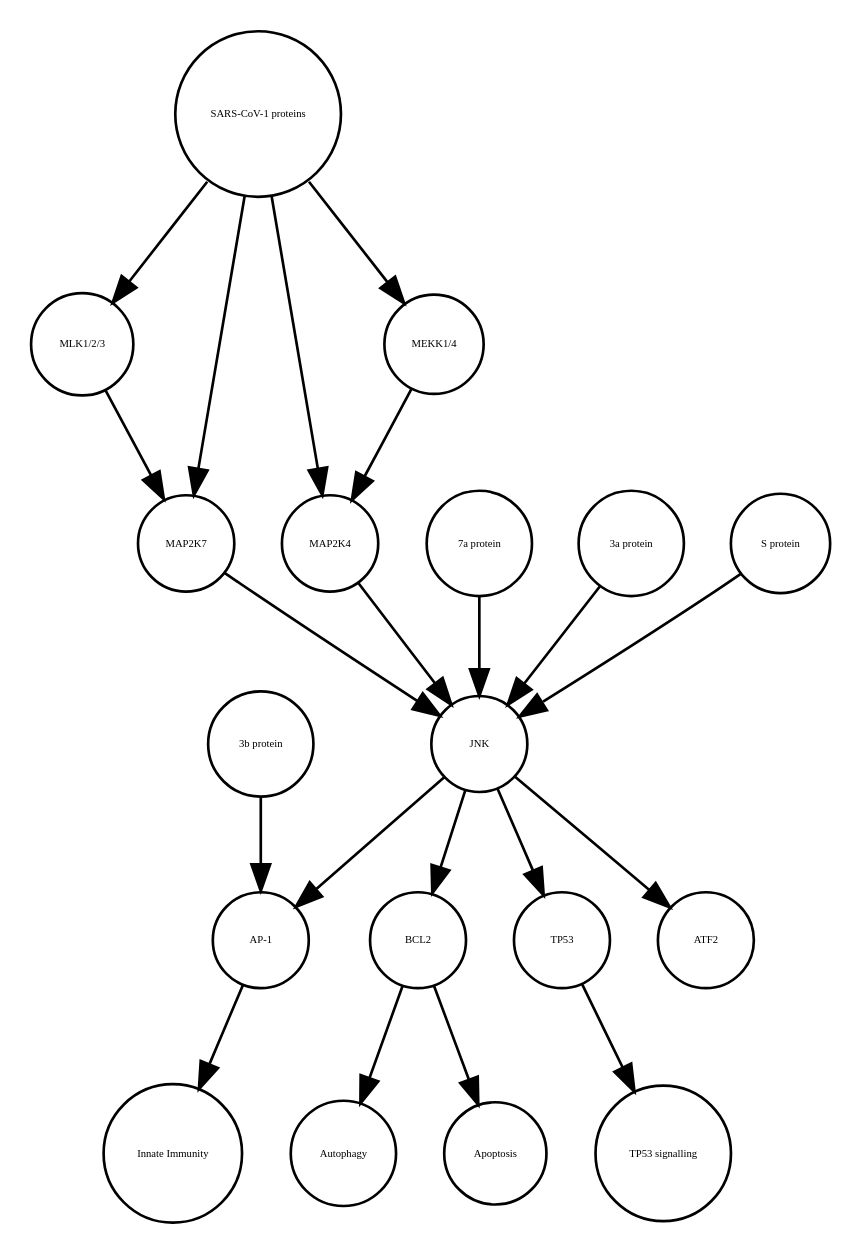
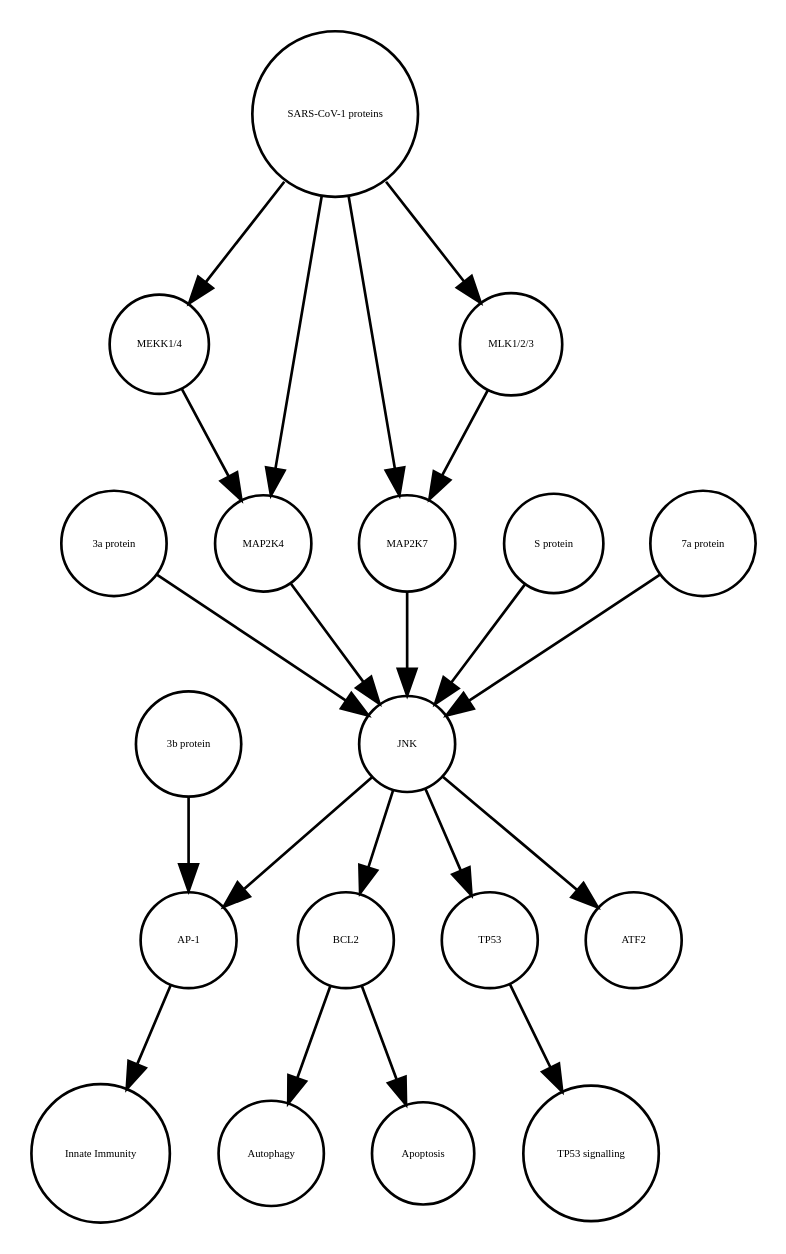
Before and after one commit to cannin/covid19-sbgn: the diagram in JNK_pathway_v2.1.xml_projected.dot, drawn with Graphviz. The commit also changed other lines of this file and 637 other files, not shown here.

```diff
--- a/JNK_pathway_v2.1.xml_projected.dot
+++ b/JNK_pathway_v2.1.xml_projected.dot
@@ -1,40 +1,40 @@
 strict digraph  {
 BCL2 [annotation=urn_miriam_uniprot_P10415, bipartite=0, cls=macromolecule, fontsize=4, label=BCL2, shape=circle];
 Autophagy [annotation="", bipartite=0, cls=phenotype, fontsize=4, label=Autophagy, shape=circle];
 "AP-1" [annotation="", bipartite=0, cls=complex, fontsize=4, label="AP-1", shape=circle];
 "Innate Immunity" [annotation="", bipartite=0, cls=phenotype, fontsize=4, label="Innate Immunity", shape=circle];
 TP53 [annotation=urn_miriam_uniprot_P04637, bipartite=0, cls=macromolecule, fontsize=4, label=TP53, shape=circle];
 "TP53 signalling" [annotation="", bipartite=0, cls=phenotype, fontsize=4, label="TP53 signalling", shape=circle];
 Apoptosis [annotation="", bipartite=0, cls=phenotype, fontsize=4, label=Apoptosis, shape=circle];
+"3a protein" [annotation="", bipartite=0, cls=macromolecule, fontsize=4, label="3a protein", shape=circle];
+"MEKK1/4" [annotation="", bipartite=0, cls=complex, fontsize=4, label="MEKK1/4", shape=circle];
+MAP2K7 [annotation=urn_miriam_uniprot_O14733, bipartite=0, cls=macromolecule, fontsize=4, label=MAP2K7, shape=circle];
+ATF2 [annotation=urn_miriam_uniprot_P15336, bipartite=0, cls=macromolecule, fontsize=4, label=ATF2, shape=circle];
+JNK [annotation="", bipartite=0, cls=complex, fontsize=4, label=JNK, shape=circle];
+"SARS-CoV-1 proteins" [annotation="", bipartite=0, cls=complex, fontsize=4, label="SARS-CoV-1 proteins", shape=circle];
 "MLK1/2/3" [annotation="", bipartite=0, cls=complex, fontsize=4, label="MLK1/2/3", shape=circle];
-ATF2 [annotation=urn_miriam_uniprot_P15336, bipartite=0, cls=macromolecule, fontsize=4, label=ATF2, shape=circle];
 MAP2K4 [annotation=urn_miriam_uniprot_P45985, bipartite=0, cls=macromolecule, fontsize=4, label=MAP2K4, shape=circle];
+"S protein" [annotation="", bipartite=0, cls=macromolecule, fontsize=4, label="S protein", shape=circle];
 "7a protein" [annotation="", bipartite=0, cls=macromolecule, fontsize=4, label="7a protein", shape=circle];
-"3a protein" [annotation="", bipartite=0, cls=macromolecule, fontsize=4, label="3a protein", shape=circle];
-MAP2K7 [annotation=urn_miriam_uniprot_O14733, bipartite=0, cls=macromolecule, fontsize=4, label=MAP2K7, shape=circle];
 "3b protein" [annotation="", bipartite=0, cls=macromolecule, fontsize=4, label="3b protein", shape=circle];
-"SARS-CoV-1 proteins" [annotation="", bipartite=0, cls=complex, fontsize=4, label="SARS-CoV-1 proteins", shape=circle];
-"MEKK1/4" [annotation="", bipartite=0, cls=complex, fontsize=4, label="MEKK1/4", shape=circle];
-JNK [annotation="", bipartite=0, cls=complex, fontsize=4, label=JNK, shape=circle];
-"S protein" [annotation="", bipartite=0, cls=macromolecule, fontsize=4, label="S protein", shape=circle];
 BCL2 -> Autophagy  [annotation="", interaction_type="necessary stimulation"];
 BCL2 -> Apoptosis  [annotation="", interaction_type=inhibition];
 "AP-1" -> "Innate Immunity"  [annotation="", interaction_type="necessary stimulation"];
 TP53 -> "TP53 signalling"  [annotation="", interaction_type="necessary stimulation"];
+"3a protein" -> JNK  [annotation=urn_miriam_pubmed_17141229, interaction_type=stimulation];
+"MEKK1/4" -> MAP2K4  [annotation="urn_miriam_pubmed_31226023|urn_miriam_taxonomy_694009", interaction_type=stimulation];
+MAP2K7 -> JNK  [annotation=urn_miriam_pubmed_17141229, interaction_type=stimulation];
+JNK -> "AP-1"  [annotation=urn_miriam_pubmed_21561061, interaction_type=stimulation];
+JNK -> ATF2  [annotation="", interaction_type=stimulation];
+JNK -> BCL2  [annotation=urn_miriam_pubmed_10567572, interaction_type=stimulation];
+JNK -> TP53  [annotation="", interaction_type=stimulation];
+"SARS-CoV-1 proteins" -> "MLK1/2/3"  [annotation="urn_miriam_taxonomy_694009|urn_miriam_pubmed_31226023", interaction_type=stimulation];
+"SARS-CoV-1 proteins" -> MAP2K7  [annotation="urn_miriam_pubmed_31226023|urn_miriam_taxonomy_694009", interaction_type=stimulation];
+"SARS-CoV-1 proteins" -> MAP2K4  [annotation="urn_miriam_pubmed_31226023|urn_miriam_taxonomy_694009", interaction_type=stimulation];
+"SARS-CoV-1 proteins" -> "MEKK1/4"  [annotation="urn_miriam_pubmed_31226023|urn_miriam_taxonomy_694009", interaction_type=stimulation];
 "MLK1/2/3" -> MAP2K7  [annotation="urn_miriam_pubmed_31226023|urn_miriam_taxonomy_694009", interaction_type=stimulation];
 MAP2K4 -> JNK  [annotation=urn_miriam_pubmed_17141229, interaction_type=stimulation];
+"S protein" -> JNK  [annotation=urn_miriam_pubmed_17267381, interaction_type=stimulation];
 "7a protein" -> JNK  [annotation=urn_miriam_pubmed_17141229, interaction_type=stimulation];
-"3a protein" -> JNK  [annotation=urn_miriam_pubmed_17141229, interaction_type=stimulation];
-MAP2K7 -> JNK  [annotation=urn_miriam_pubmed_17141229, interaction_type=stimulation];
 "3b protein" -> "AP-1"  [annotation=urn_miriam_pubmed_21561061, interaction_type=stimulation];
-"SARS-CoV-1 proteins" -> "MLK1/2/3"  [annotation="urn_miriam_taxonomy_694009|urn_miriam_pubmed_31226023", interaction_type=stimulation];
-"SARS-CoV-1 proteins" -> "MEKK1/4"  [annotation="urn_miriam_pubmed_31226023|urn_miriam_taxonomy_694009", interaction_type=stimulation];
-"SARS-CoV-1 proteins" -> MAP2K4  [annotation="urn_miriam_pubmed_31226023|urn_miriam_taxonomy_694009", interaction_type=stimulation];
-"SARS-CoV-1 proteins" -> MAP2K7  [annotation="urn_miriam_pubmed_31226023|urn_miriam_taxonomy_694009", interaction_type=stimulation];
-"MEKK1/4" -> MAP2K4  [annotation="urn_miriam_pubmed_31226023|urn_miriam_taxonomy_694009", interaction_type=stimulation];
-JNK -> ATF2  [annotation="", interaction_type=stimulation];
-JNK -> TP53  [annotation="", interaction_type=stimulation];
-JNK -> BCL2  [annotation=urn_miriam_pubmed_10567572, interaction_type=stimulation];
-JNK -> "AP-1"  [annotation=urn_miriam_pubmed_21561061, interaction_type=stimulation];
-"S protein" -> JNK  [annotation=urn_miriam_pubmed_17267381, interaction_type=stimulation];
 }
```
